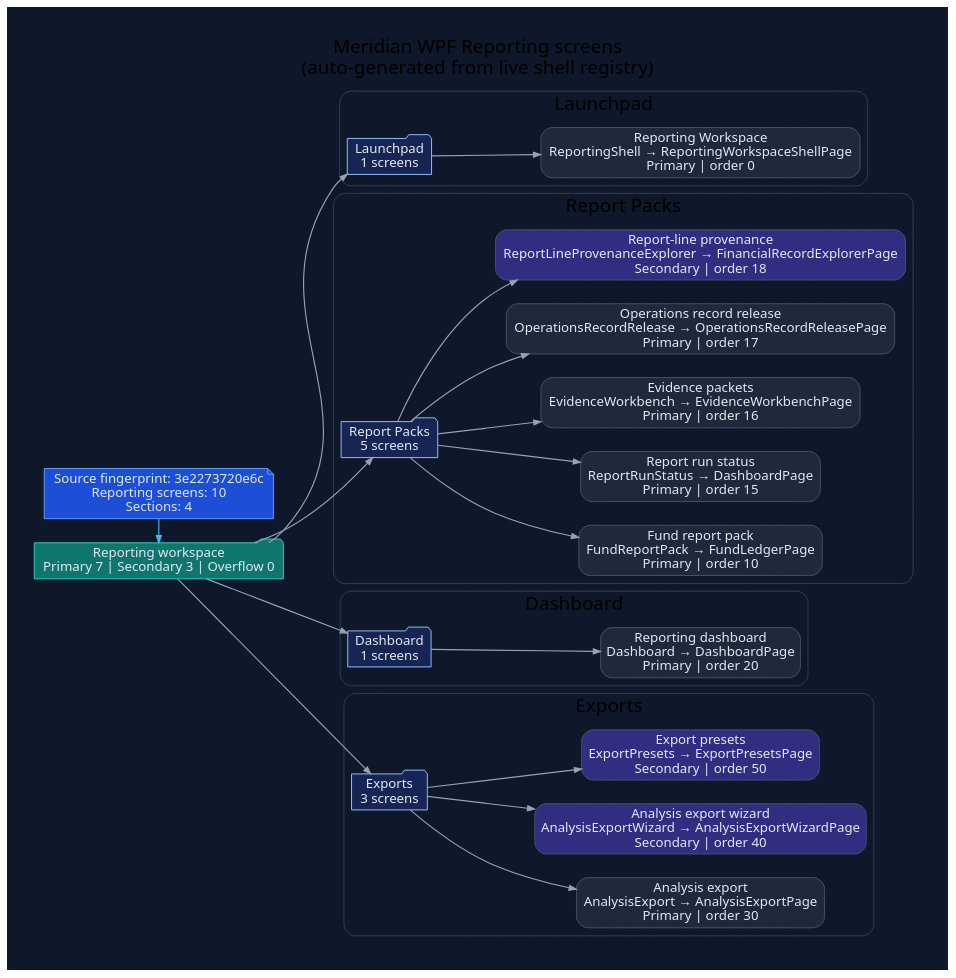
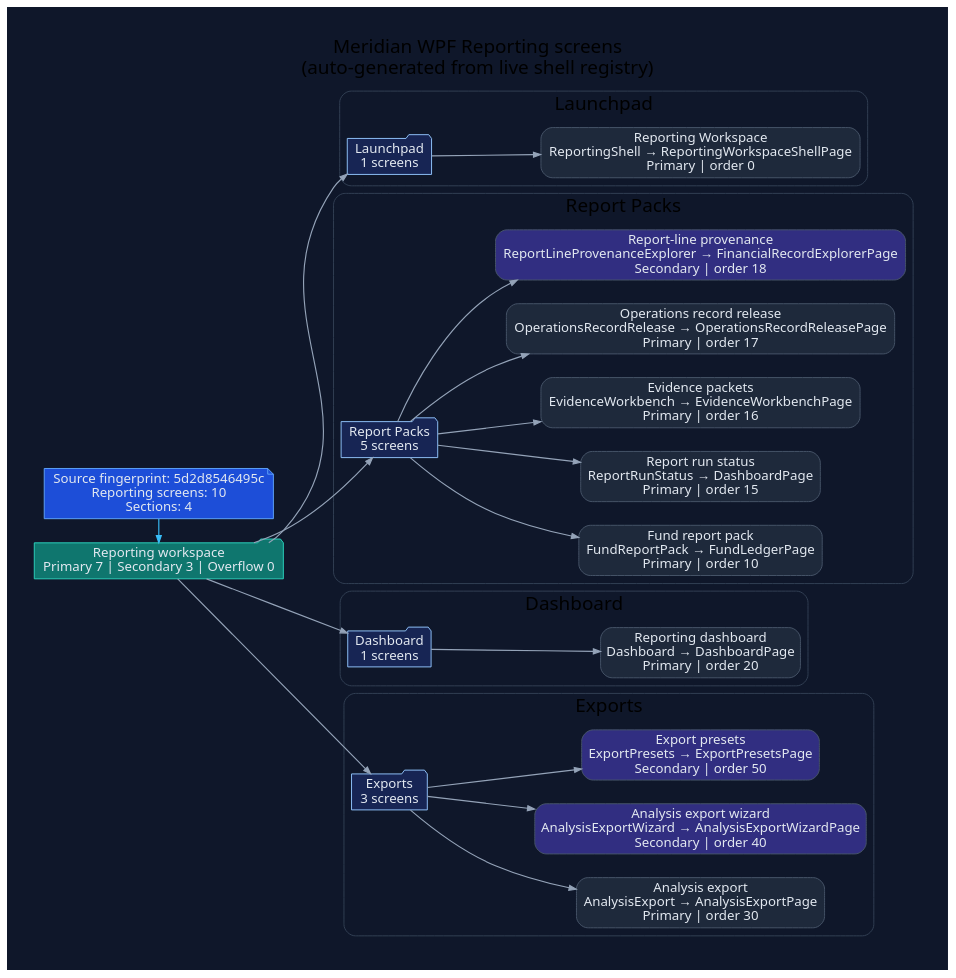
Before and after one commit to rodoHasArrived/Meridian-main: the diagram in docs/diagrams/ui/ui-wpf-screens-reporting.dot, drawn with Graphviz. The commit also changed 49 other files, not shown here.

Commit message:
Honor recurring request JSON contracts and refresh generated diagrams

```diff
--- a/docs/diagrams/ui/ui-wpf-screens-reporting.dot
+++ b/docs/diagrams/ui/ui-wpf-screens-reporting.dot
@@ -1,78 +1,78 @@
 // -----------------------------------------------------------------------------
 // <auto-generated>
 // Generated by scripts/generate-diagrams.mjs.
 // Do not edit this file directly; update the WPF source files instead.
 // -----------------------------------------------------------------------------
 digraph WpfReportingScreens {
   graph [
     rankdir=LR,
     labelloc=t,
     label="Meridian WPF Reporting screens\n(auto-generated from live shell registry)",
     fontname="Segoe UI",
     fontsize=20,
     pad=0.4,
     nodesep=0.35,
     ranksep=0.85,
     bgcolor="#0f172a"
   ];
   node [fontname="Segoe UI", shape=box, style="rounded,filled", color="#475569", fontcolor="#e2e8f0", fillcolor="#1e293b"];
   edge [fontname="Segoe UI", color="#94a3b8", penwidth=1.2, arrowsize=0.75];
 
-  generated [shape=note, fillcolor="#1d4ed8", color="#60a5fa", label="Source fingerprint: 3e2273720e6c\nReporting screens: 10\nSections: 4"];
+  generated [shape=note, fillcolor="#1d4ed8", color="#60a5fa", label="Source fingerprint: 5d2d8546495c\nReporting screens: 10\nSections: 4"];
   workspace [shape=folder, fillcolor="#0f766e", color="#2dd4bf", label="Reporting workspace\nPrimary 7 | Secondary 3 | Overflow 0"];
   generated -> workspace [color="#38bdf8"];
 
   subgraph cluster_section_1 {
     label="Launchpad";
     color="#334155";
     style="rounded";
     section_1 [shape=folder, fillcolor="#172554", color="#93c5fd", label="Launchpad\n1 screens"];
     workspace -> section_1;
     screen_ReportingShell [fillcolor="#1e293b", label="Reporting Workspace\nReportingShell → ReportingWorkspaceShellPage\nPrimary | order 0"];
     section_1 -> screen_ReportingShell;
   }
 
   subgraph cluster_section_2 {
     label="Report Packs";
     color="#334155";
     style="rounded";
     section_2 [shape=folder, fillcolor="#172554", color="#93c5fd", label="Report Packs\n5 screens"];
     workspace -> section_2;
     screen_FundReportPack [fillcolor="#1e293b", label="Fund report pack\nFundReportPack → FundLedgerPage\nPrimary | order 10"];
     section_2 -> screen_FundReportPack;
     screen_ReportRunStatus [fillcolor="#1e293b", label="Report run status\nReportRunStatus → DashboardPage\nPrimary | order 15"];
     section_2 -> screen_ReportRunStatus;
     screen_EvidenceWorkbench [fillcolor="#1e293b", label="Evidence packets\nEvidenceWorkbench → EvidenceWorkbenchPage\nPrimary | order 16"];
     section_2 -> screen_EvidenceWorkbench;
     screen_OperationsRecordRelease [fillcolor="#1e293b", label="Operations record release\nOperationsRecordRelease → OperationsRecordReleasePage\nPrimary | order 17"];
     section_2 -> screen_OperationsRecordRelease;
     screen_ReportLineProvenanceExplorer [fillcolor="#312e81", label="Report-line provenance\nReportLineProvenanceExplorer → FinancialRecordExplorerPage\nSecondary | order 18"];
     section_2 -> screen_ReportLineProvenanceExplorer;
   }
 
   subgraph cluster_section_3 {
     label="Dashboard";
     color="#334155";
     style="rounded";
     section_3 [shape=folder, fillcolor="#172554", color="#93c5fd", label="Dashboard\n1 screens"];
     workspace -> section_3;
     screen_Dashboard [fillcolor="#1e293b", label="Reporting dashboard\nDashboard → DashboardPage\nPrimary | order 20"];
     section_3 -> screen_Dashboard;
   }
 
   subgraph cluster_section_4 {
     label="Exports";
     color="#334155";
     style="rounded";
     section_4 [shape=folder, fillcolor="#172554", color="#93c5fd", label="Exports\n3 screens"];
     workspace -> section_4;
     screen_AnalysisExport [fillcolor="#1e293b", label="Analysis export\nAnalysisExport → AnalysisExportPage\nPrimary | order 30"];
     section_4 -> screen_AnalysisExport;
     screen_AnalysisExportWizard [fillcolor="#312e81", label="Analysis export wizard\nAnalysisExportWizard → AnalysisExportWizardPage\nSecondary | order 40"];
     section_4 -> screen_AnalysisExportWizard;
     screen_ExportPresets [fillcolor="#312e81", label="Export presets\nExportPresets → ExportPresetsPage\nSecondary | order 50"];
     section_4 -> screen_ExportPresets;
   }
 
   { rank=min; generated; workspace; }
 }
```
